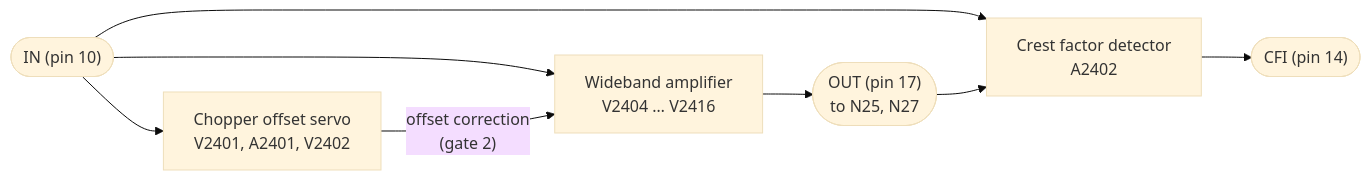
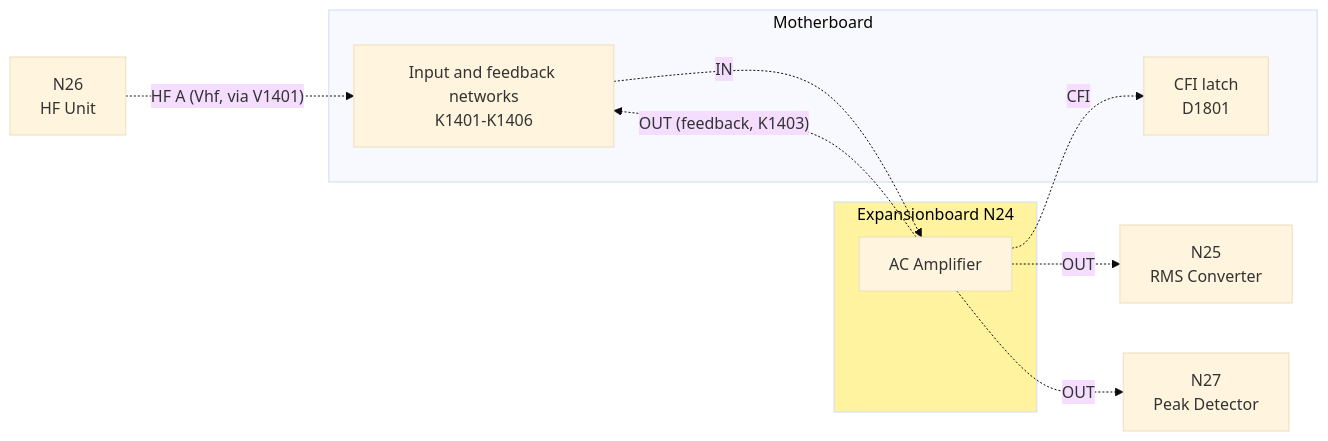
One commit to deqit/PhilipsPM2528 changed the diagram in Deepdive/N24/README.md. Above: the diagram before and after it, drawn with Mermaid (base theme). The commit also changed other lines of this file and 91 other files, not shown here.

````diff
--- a/Deepdive/N24/README.md
+++ b/Deepdive/N24/README.md
@@ -13,10 +16,20 @@
 ```mermaid
 flowchart LR
-    IN(["IN (pin 10)"]) --> AMP["Wideband amplifier<br/>V2404 … V2416"]
-    AMP --> OUT(["OUT (pin 17)<br/>to N25, N27"])
-    IN --> SERVO["Chopper offset servo<br/>V2401, A2401, V2402"]
-    SERVO -- "offset correction<br/>(gate 2)" --> AMP
-    IN --> CFI["Crest factor detector<br/>A2402"]
-    OUT --> CFI
-    CFI --> CFIOUT(["CFI (pin 14)"])
+    subgraph N1["Motherboard"]
+        NET["Input and feedback networks<br/>K1401-K1406"]
+        CFL["CFI latch<br/>D1801"]
+    end
+    subgraph N24["Expansionboard N24"]
+        AC["AC Amplifier"]
+    end
+    N25["N25<br/>RMS Converter"]
+    N27["N27<br/>Peak Detector"]
+    N26["N26<br/>HF Unit"]
+    NET -. "IN" .-> AC
+    AC -. "OUT (feedback, K1403)" .-> NET
+    AC -. "OUT" .-> N25
+    AC -. "OUT" .-> N27
+    AC -. "CFI" .-> CFL
+    N26 -. "HF A (Vhf, via V1401)" .-> NET
+    style N24 fill:#fff3a0,color:#000
 ```
````
